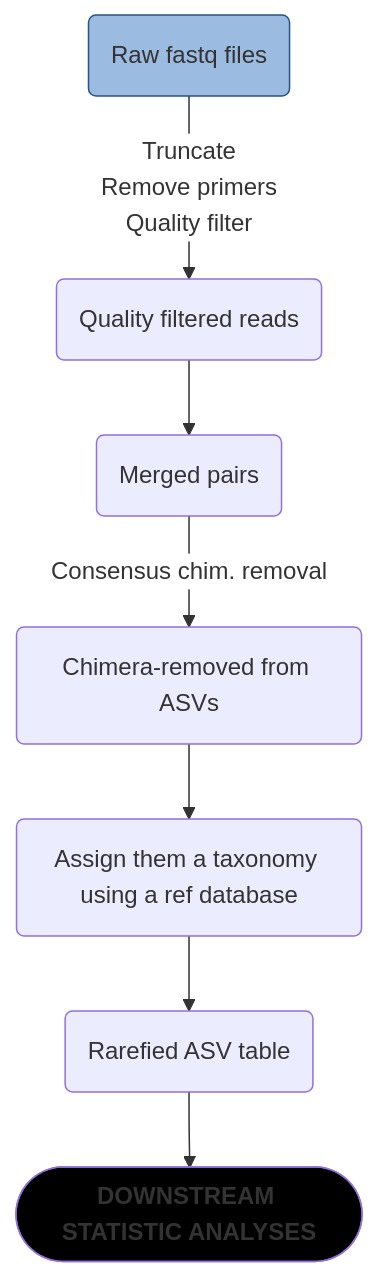
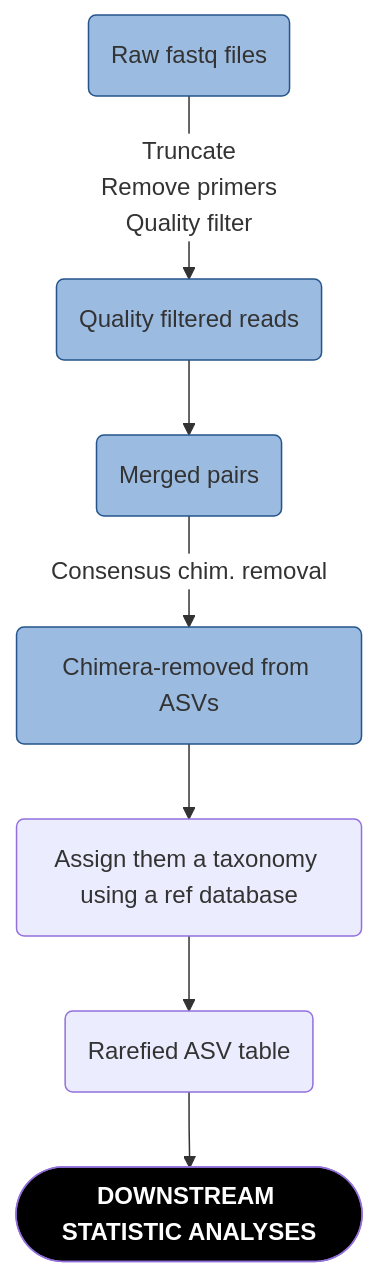
One commit to plchagnon/2023---Amy-Green-roofs-Sweden changed the diagram in Microbiome/README.md. Above: the diagram before and after it, drawn with Mermaid.

````diff
--- a/Microbiome/README.md
+++ b/Microbiome/README.md
@@ -16,13 +16,13 @@
 ```mermaid
 %%{init: {'themeVariables': { 'edgeLabelBackground': '#FFF'}}}%%
 flowchart TD
-raw(Raw fastq files):::bl -- Truncate <br> Remove primers <br> Quality filter --> q(Quality filtered reads)
-q-->m(Merged pairs)
-m-- Consensus chim. removal -->chim(Chimera-removed from ASVs)
+raw(Raw fastq files):::bl -- Truncate <br> Remove primers <br> Quality filter --> q(Quality filtered reads):::bl
+q-->m(Merged pairs):::bl
+m-- Consensus chim. removal -->chim(Chimera-removed from ASVs):::bl
 chim--> tax(Assign them a taxonomy using a ref database) --> rar(Rarefied ASV table) -->st([<b>DOWNSTREAM STATISTIC ANALYSES</b>]) 
 
-style st fill:#000000,nodeTextColor:#FFFFFF
+style st fill:#000000,color:#FFFFFF
 
 classDef bl fill:#9BBBE1,stroke:#24548B 
 
 ```
````
